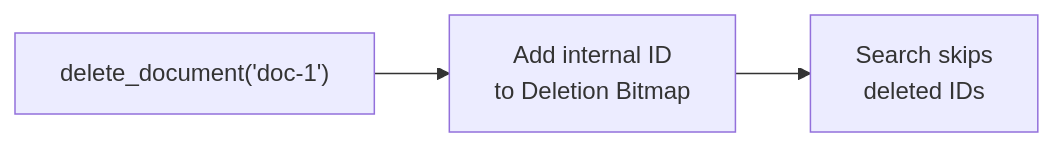
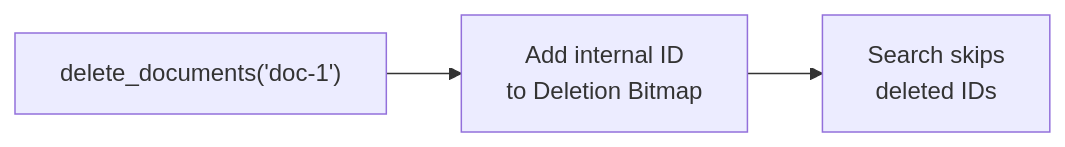
One commit to mosuka/iris changed the first of 2 diagrams in docs/src/advanced/deletions.md. Above: the diagram before and after it, drawn with Mermaid. The commit also changed other lines of this file and 15 other files, not shown here.

````diff
--- a/docs/src/advanced/deletions.md
+++ b/docs/src/advanced/deletions.md
@@ -17,5 +17,5 @@
 ```mermaid
 graph LR
-    Del["delete_document('doc-1')"] --> Bitmap["Add internal ID\nto Deletion Bitmap"]
+    Del["delete_documents('doc-1')"] --> Bitmap["Add internal ID\nto Deletion Bitmap"]
     Bitmap --> Search["Search skips\ndeleted IDs"]
 ```
````
